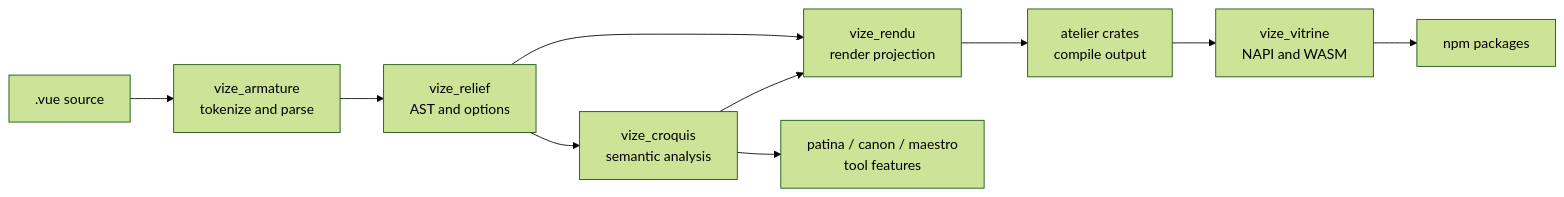
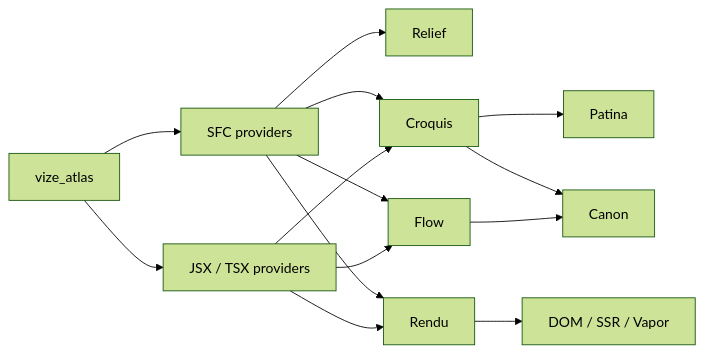
The diagram in docs/content/architecture/source-guide.md (ubugeeei-prod/vize), drawn with Mermaid (forest theme) before and after one commit. The commit also changed other lines of this file and 275 other files, not shown here.

Commit message:
refactor(infra)!: build the typed artifact graph

````diff
--- a/docs/content/architecture/source-guide.md
+++ b/docs/content/architecture/source-guide.md
@@ -33,12 +33,16 @@
 ```mermaid
-graph LR
-    Source[".vue source"] --> Armature["vize_armature<br/>tokenize and parse"]
-    Armature --> Relief["vize_relief<br/>AST and options"]
-    Relief --> Croquis["vize_croquis<br/>semantic analysis"]
-    Relief --> Rendu["vize_rendu<br/>render projection"]
-    Croquis --> Rendu
-    Rendu --> Atelier["atelier crates<br/>compile output"]
-    Croquis --> Tools["patina / canon / maestro<br/>tool features"]
-    Atelier --> Vitrine["vize_vitrine<br/>NAPI and WASM"]
-    Vitrine --> Packages["npm packages"]
+flowchart LR
+    Atlas["vize_atlas"] --> SFC["SFC providers"]
+    Atlas --> JSX["JSX / TSX providers"]
+    SFC --> Relief["Relief"]
+    SFC --> Croquis["Croquis"]
+    JSX --> Croquis
+    SFC --> Flow["Flow"]
+    JSX --> Flow
+    SFC --> Rendu["Rendu"]
+    JSX --> Rendu
+    Rendu --> Atelier["DOM / SSR / Vapor"]
+    Croquis --> Patina["Patina"]
+    Croquis --> Canon["Canon"]
+    Flow --> Canon
 ```
````
